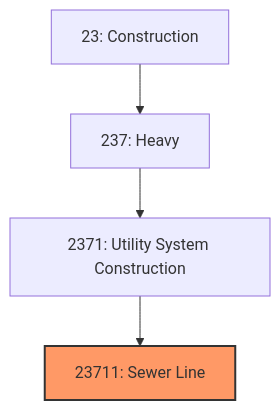
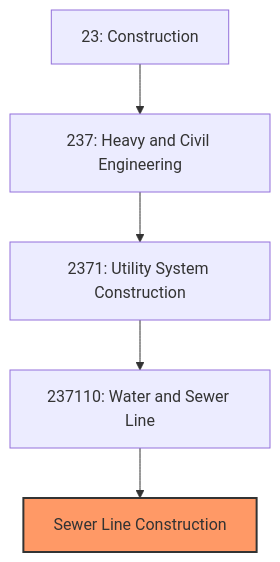
One commit to kziemski/business.org.ai changed the first of 2 diagrams in industries/Construction/CivilEngineeringConstruction/UtilitySystemConstruction/SewerLine.mdx. Above: the diagram before and after it, drawn with Mermaid. The commit also changed other lines of this file and 67 other files, not shown here.

````diff
--- a/industries/Construction/CivilEngineeringConstruction/UtilitySystemConstruction/SewerLine.mdx
+++ b/industries/Construction/CivilEngineeringConstruction/UtilitySystemConstruction/SewerLine.mdx
@@ -20,8 +35,9 @@
 ```mermaid
 graph TD
     S23["23: Construction"]
-    S23 --> N237["237: Heavy"]
+    S23 --> N237["237: Heavy and Civil Engineering"]
     N237 --> N2371["2371: Utility System Construction"]
-    N2371 --> N23711["23711: Sewer Line"]
-    style N23711 fill:#f96,stroke:#333,stroke-width:2px
+    N2371 --> N237110["237110: Water and Sewer Line"]
+    N237110 --> Sewer["Sewer Line Construction"]
+    style Sewer fill:#f96,stroke:#333,stroke-width:2px
 ```
````
